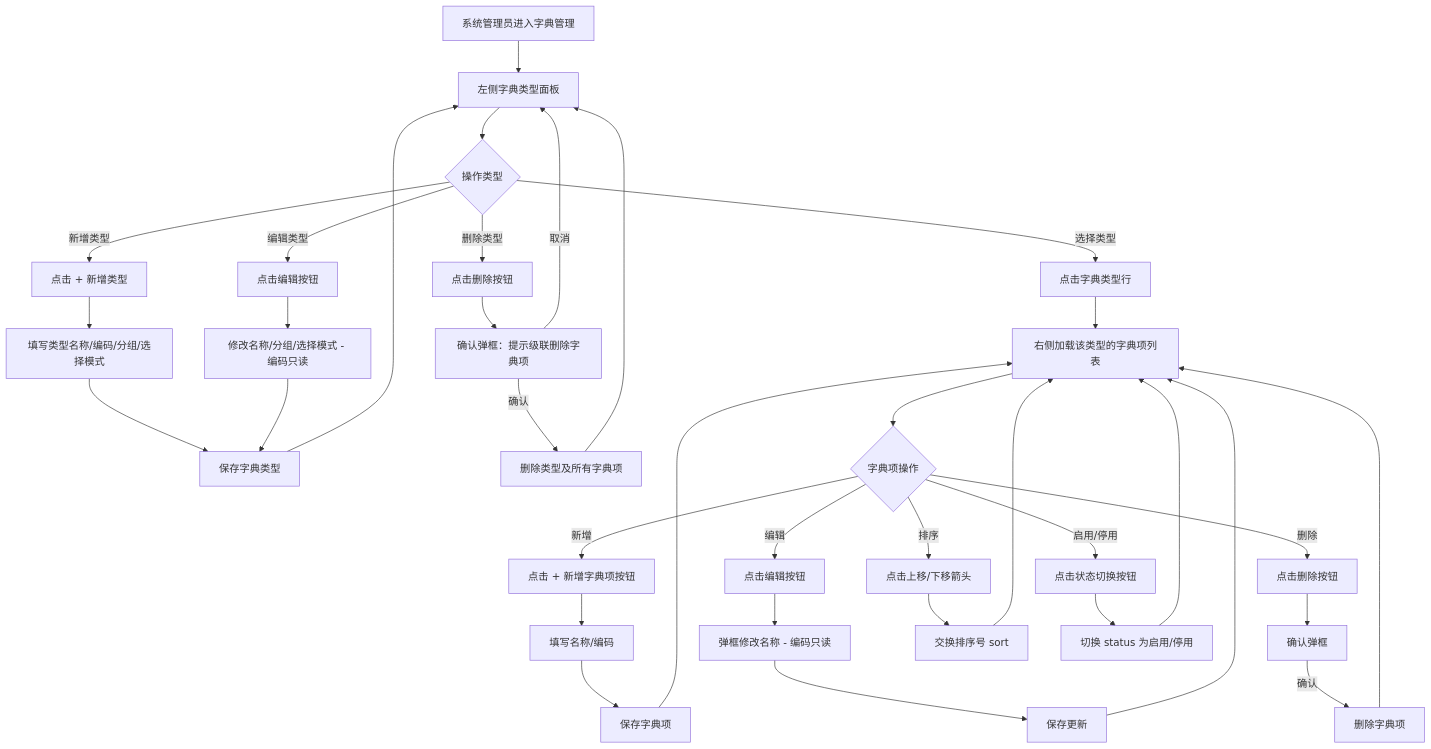
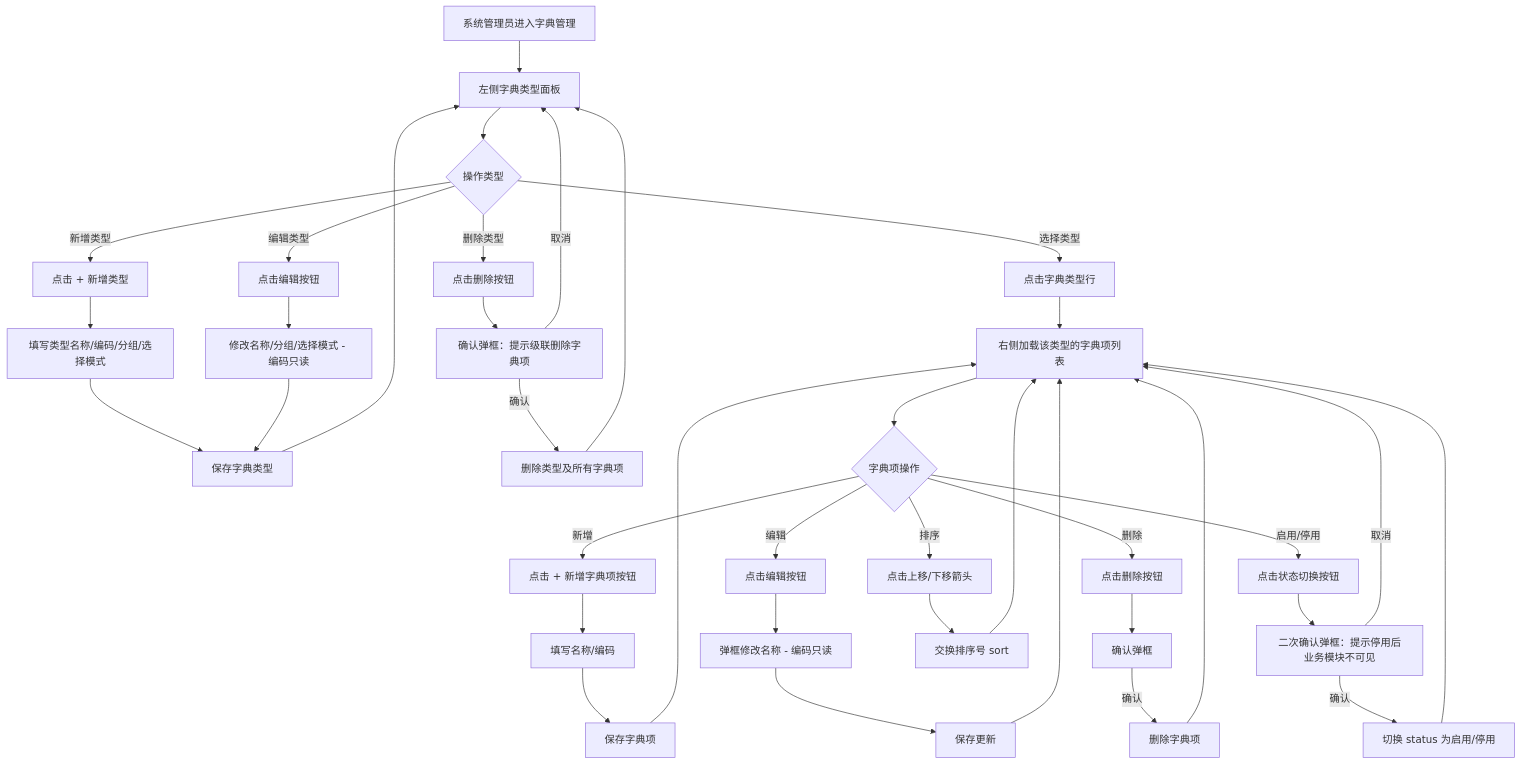
One commit to qiaodmpm/liuzhou-edu-hr changed the sixth of 6 diagrams in dist/docs/PRD_系统管理模块.md. Above: the diagram before and after it, drawn with Mermaid. The commit also changed 3 other files, not shown here.

First line of the commit message:
docs: PRD v1.2 字典管理流程图补齐启用/停用二次确认环节

````diff
--- a/dist/docs/PRD_系统管理模块.md
+++ b/dist/docs/PRD_系统管理模块.md
@@ -296,46 +296,48 @@
 ```mermaid
 flowchart TD
     A[系统管理员进入字典管理] --> B[左侧字典类型面板]
     B --> B1{操作类型}
     B1 -->|新增类型| C[点击 + 新增类型]
     C --> C1[填写类型名称/编码/分组/选择模式]
     C1 --> C2[保存字典类型]
     C2 --> B
     
     B1 -->|编辑类型| C3[点击编辑按钮]
     C3 --> C4[修改名称/分组/选择模式 - 编码只读]
     C4 --> C2
     
     B1 -->|删除类型| D[点击删除按钮]
     D --> D1[确认弹框：提示级联删除字典项]
     D1 -->|确认| D2[删除类型及所有字典项]
     D2 --> B
     D1 -->|取消| B
     
     B1 -->|选择类型| E[点击字典类型行]
     E --> F[右侧加载该类型的字典项列表]
     
     F --> F1{字典项操作}
     F1 -->|新增| G[点击 + 新增字典项按钮]
     G --> G1[填写名称/编码]
     G1 --> G2[保存字典项]
     G2 --> F
     
     F1 -->|编辑| H[点击编辑按钮]
     H --> H1[弹框修改名称 - 编码只读]
     H1 --> H2[保存更新]
     H2 --> F
     
     F1 -->|删除| I[点击删除按钮]
     I --> I1[确认弹框]
     I1 -->|确认| I2[删除字典项]
     I2 --> F
     
     F1 -->|排序| J[点击上移/下移箭头]
     J --> J1[交换排序号 sort]
     J1 --> F
     
     F1 -->|启用/停用| K[点击状态切换按钮]
-    K --> K1[切换 status 为启用/停用]
-    K1 --> F
+    K --> K1[二次确认弹框：提示停用后业务模块不可见]
+    K1 -->|确认| K2[切换 status 为启用/停用]
+    K2 --> F
+    K1 -->|取消| F
 ```
````
